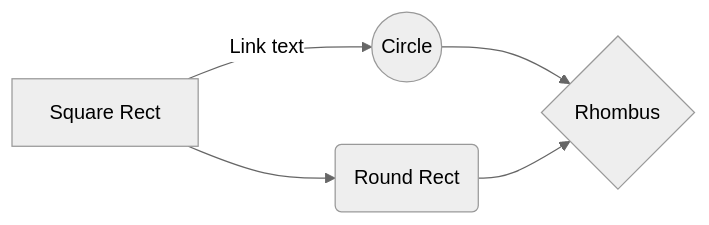
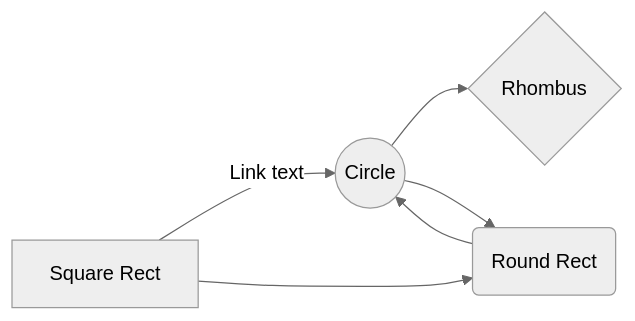
The second of 2 diagrams in docs/Features/Mermaid Diagrams.md (kluchey/OMG), drawn with Mermaid (neutral theme) before and after one commit. The commit also changed 1 other file, not shown here.

Commit message:
mermaid-test-3

````diff
--- a/docs/Features/Mermaid Diagrams.md
+++ b/docs/Features/Mermaid Diagrams.md
@@ -14,7 +14,8 @@
 ```mermaid
 graph LR
     A[Square Rect] -- Link text --> B((Circle))
     A --> C(Round Rect)
     B --> D{Rhombus}
-    C --> D
+    B --> C
+    C --> B
 ```
````
